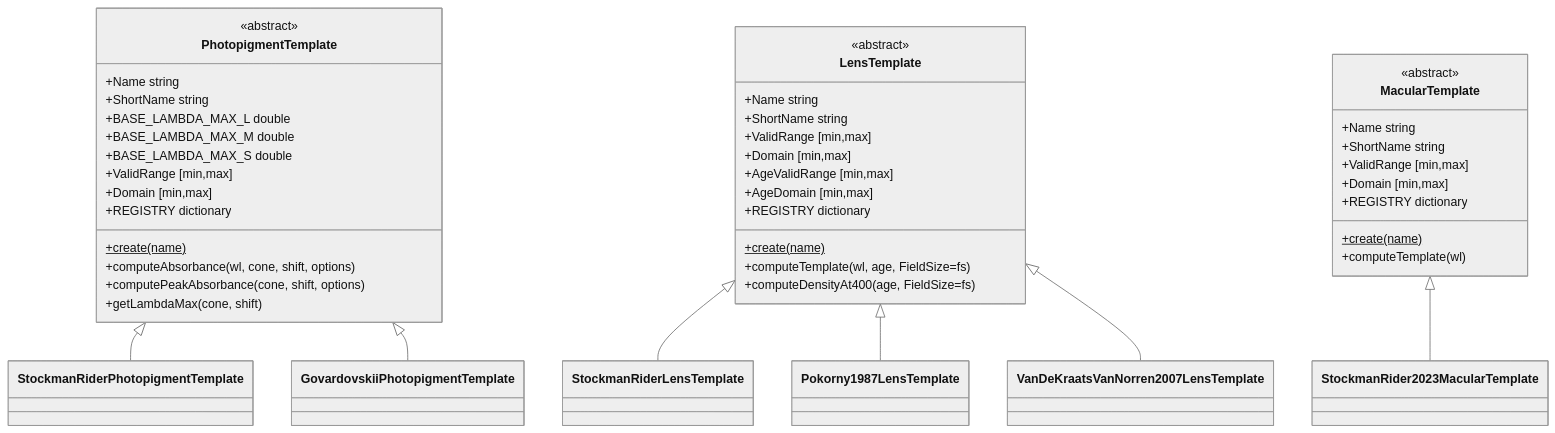
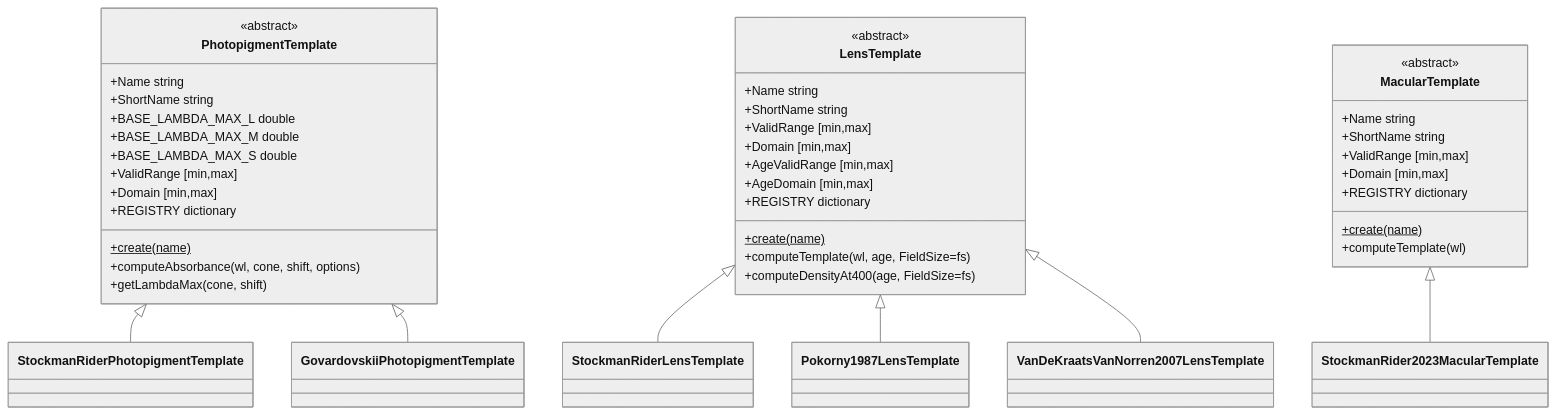
Before and after one commit to sfu-cs-vision-lab/individual-cmfs-matlab: the third of 3 diagrams in ARCHITECTURE.md, drawn with Mermaid (neutral theme). The commit also changed other lines of this file, not shown here.

First line of the commit message:
Update ARCHITECTURE.md for the generated reference

````diff
--- a/ARCHITECTURE.md
+++ b/ARCHITECTURE.md
@@ -270,54 +276,53 @@
 ```mermaid
 classDiagram
     class PhotopigmentTemplate {
         <<abstract>>
         +Name string
         +ShortName string
         +BASE_LAMBDA_MAX_L double
         +BASE_LAMBDA_MAX_M double
         +BASE_LAMBDA_MAX_S double
         +ValidRange [min,max]
         +Domain [min,max]
         +REGISTRY dictionary
         +create(name)$
         +computeAbsorbance(wl, cone, shift, options)
-        +computePeakAbsorbance(cone, shift, options)
         +getLambdaMax(cone, shift)
     }
     class StockmanRiderPhotopigmentTemplate
     class GovardovskiiPhotopigmentTemplate
     class LensTemplate {
         <<abstract>>
         +Name string
         +ShortName string
         +ValidRange [min,max]
         +Domain [min,max]
         +AgeValidRange [min,max]
         +AgeDomain [min,max]
         +REGISTRY dictionary
         +create(name)$
         +computeTemplate(wl, age, FieldSize=fs)
         +computeDensityAt400(age, FieldSize=fs)
     }
     class StockmanRiderLensTemplate
     class Pokorny1987LensTemplate
     class VanDeKraatsVanNorren2007LensTemplate
     class MacularTemplate {
         <<abstract>>
         +Name string
         +ShortName string
         +ValidRange [min,max]
         +Domain [min,max]
         +REGISTRY dictionary
         +create(name)$
         +computeTemplate(wl)
     }
     class StockmanRider2023MacularTemplate
 
     PhotopigmentTemplate <|-- StockmanRiderPhotopigmentTemplate
     PhotopigmentTemplate <|-- GovardovskiiPhotopigmentTemplate
     LensTemplate <|-- StockmanRiderLensTemplate
     LensTemplate <|-- Pokorny1987LensTemplate
     LensTemplate <|-- VanDeKraatsVanNorren2007LensTemplate
     MacularTemplate <|-- StockmanRider2023MacularTemplate
 ```
````
